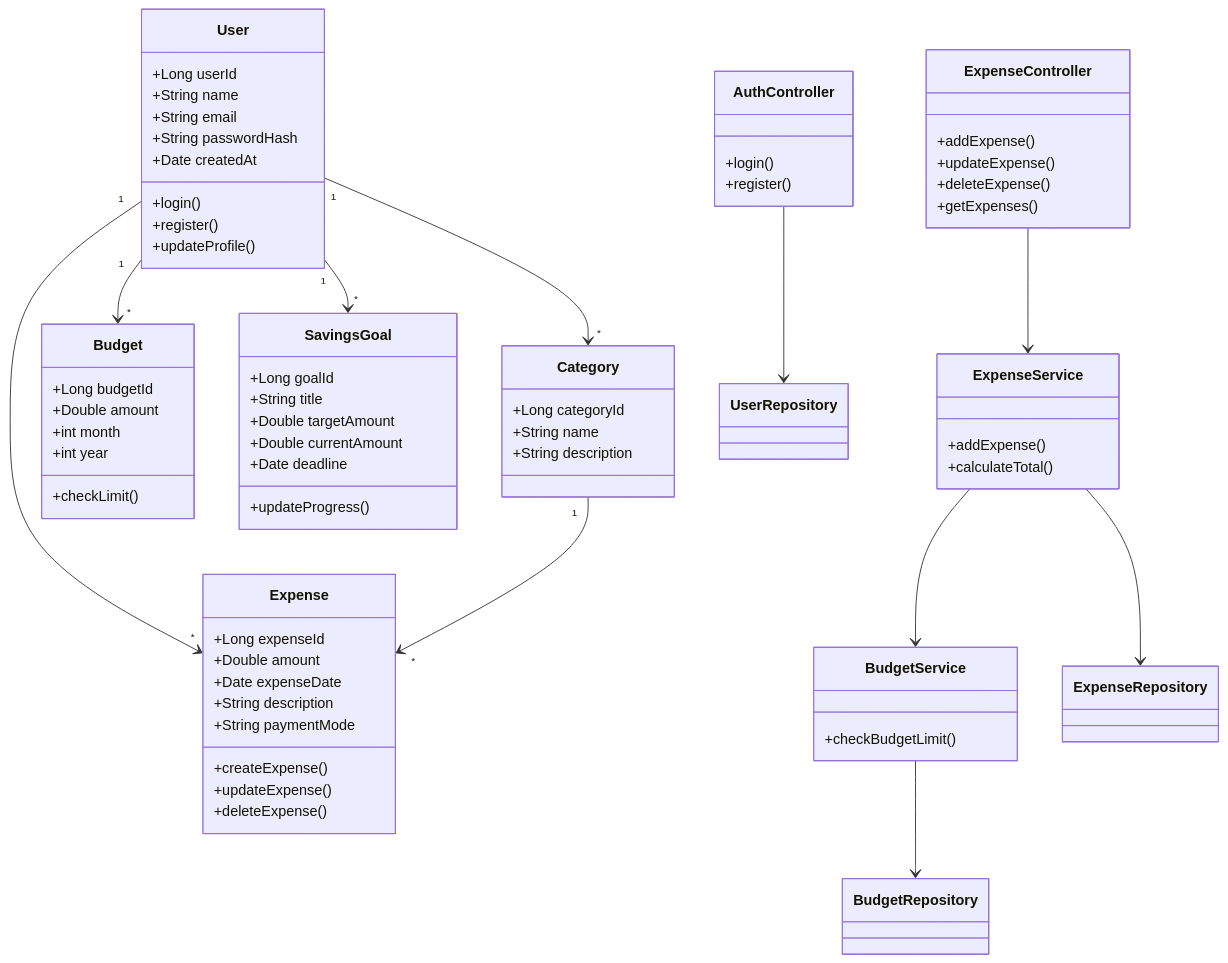
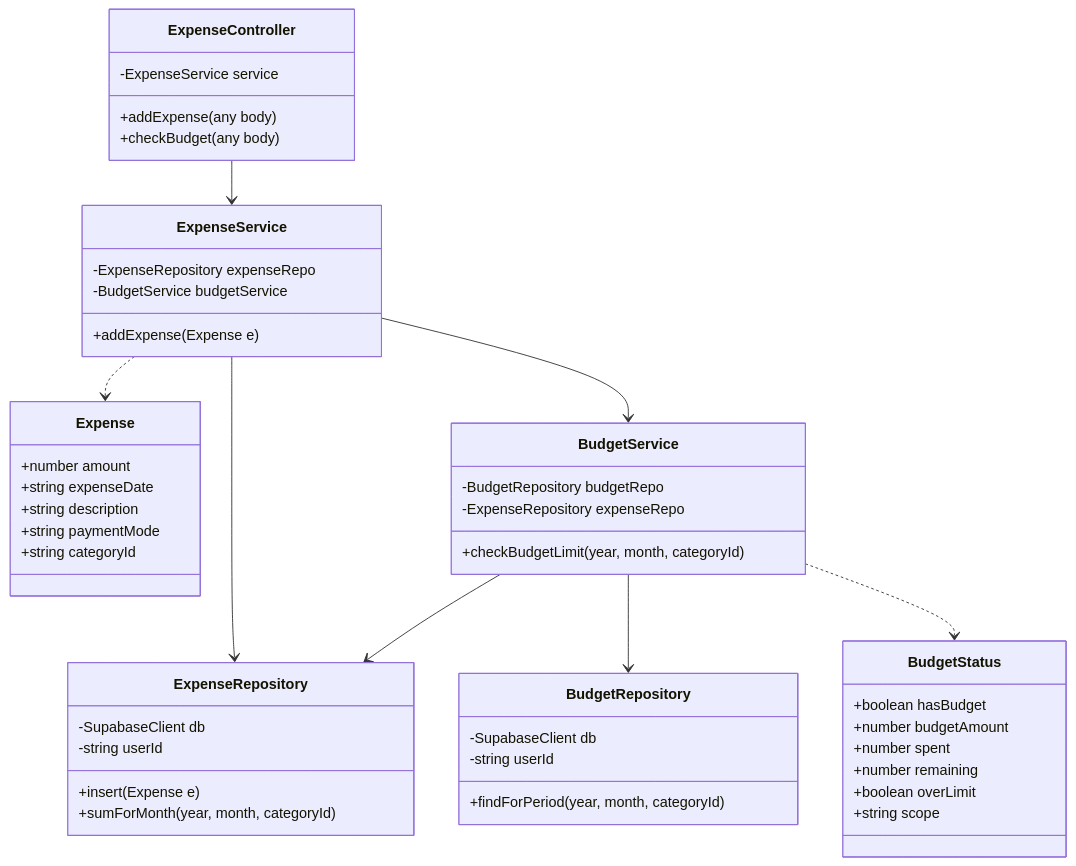
One commit to BOXER78/BudgetWise changed the diagram in classDiagram.md. Above: the diagram before and after it, drawn with Mermaid. The commit also changed 98 other files, not shown here.

````diff
--- a/classDiagram.md
+++ b/classDiagram.md
@@ -5,93 +5,67 @@
 
     %% ================= ENTITIES =================
 
-    class User {
-        +Long userId
-        +String name
-        +String email
-        +String passwordHash
-        +Date createdAt
-        +login()
-        +register()
-        +updateProfile()
+    class Expense {
+        +number amount
+        +string expenseDate
+        +string description
+        +string paymentMode
+        +string categoryId
     }
 
-    class Expense {
-        +Long expenseId
-        +Double amount
-        +Date expenseDate
-        +String description
-        +String paymentMode
-        +createExpense()
-        +updateExpense()
-        +deleteExpense()
+    class BudgetStatus {
+        +boolean hasBudget
+        +number budgetAmount
+        +number spent
+        +number remaining
+        +boolean overLimit
+        +string scope
     }
 
-    class Category {
-        +Long categoryId
-        +String name
-        +String description
+    %% ================= REPOSITORIES =================
+
+    class ExpenseRepository {
+        -SupabaseClient db
+        -string userId
+        +insert(Expense e)
+        +sumForMonth(year, month, categoryId)
     }
 
-    class Budget {
-        +Long budgetId
-        +Double amount
-        +int month
-        +int year
-        +checkLimit()
-    }
-
-    class SavingsGoal {
-        +Long goalId
-        +String title
-        +Double targetAmount
-        +Double currentAmount
-        +Date deadline
-        +updateProgress()
-    }
-
-    %% ================= CONTROLLERS =================
-
-    class AuthController {
-        +login()
-        +register()
-    }
-
-    class ExpenseController {
-        +addExpense()
-        +updateExpense()
-        +deleteExpense()
-        +getExpenses()
+    class BudgetRepository {
+        -SupabaseClient db
+        -string userId
+        +findForPeriod(year, month, categoryId)
     }
 
     %% ================= SERVICES =================
 
-    class ExpenseService {
-        +addExpense()
-        +calculateTotal()
+    class BudgetService {
+        -BudgetRepository budgetRepo
+        -ExpenseRepository expenseRepo
+        +checkBudgetLimit(year, month, categoryId)
     }
 
-    class BudgetService {
-        +checkBudgetLimit()
+    class ExpenseService {
+        -ExpenseRepository expenseRepo
+        -BudgetService budgetService
+        +addExpense(Expense e)
     }
 
-    %% ================= REPOSITORIES =================
+    %% ================= CONTROLLER =================
 
-    class UserRepository
-    class ExpenseRepository
-    class BudgetRepository
+    class ExpenseController {
+        -ExpenseService service
+        +addExpense(any body)
+        +checkBudget(any body)
+    }
 
     %% ================= RELATIONSHIPS =================
 
-    User "1" --> "*" Expense
-    User "1" --> "*" Category
-    User "1" --> "*" Budget
-    User "1" --> "*" SavingsGoal
-    Category "1" --> "*" Expense
-
-    AuthController --> UserRepository
     ExpenseController --> ExpenseService
     ExpenseService --> ExpenseRepository
     ExpenseService --> BudgetService
     BudgetService --> BudgetRepository
+    BudgetService --> ExpenseRepository
+    ExpenseService ..> Expense
+    BudgetService ..> BudgetStatus
 ```
````
